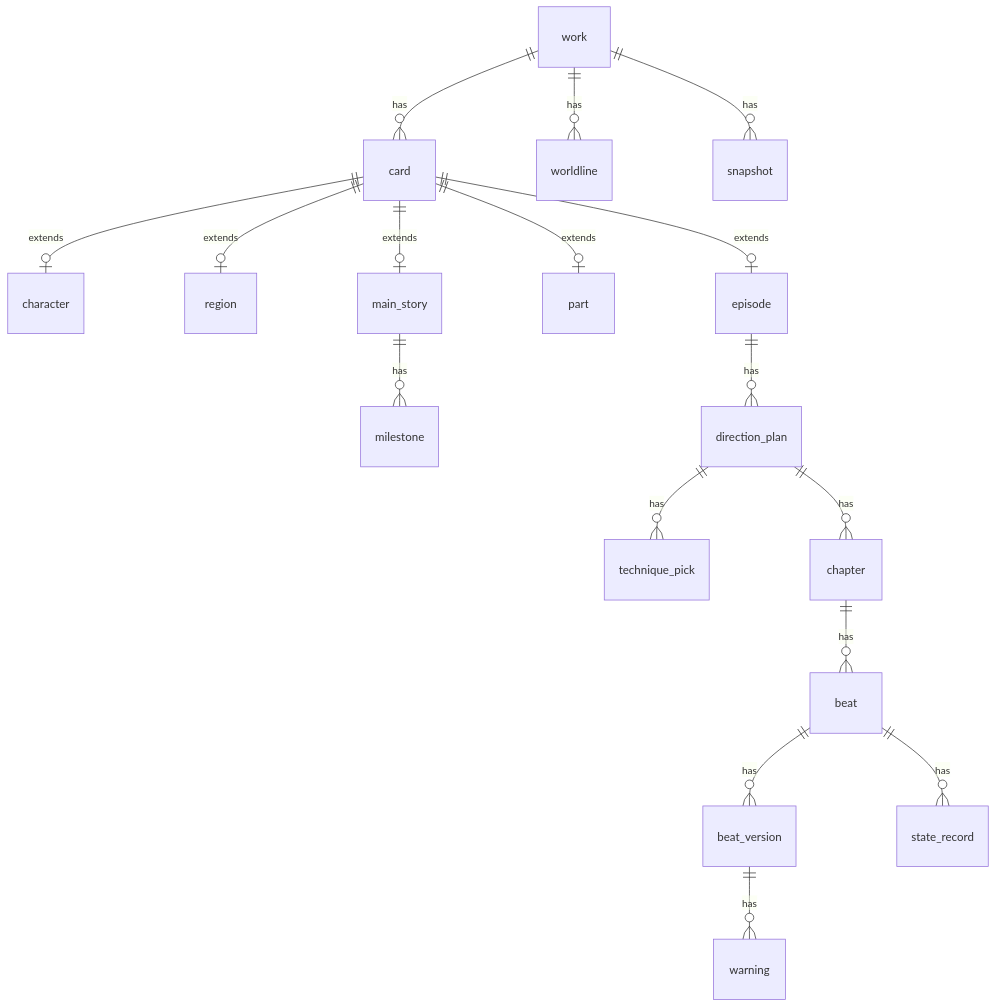
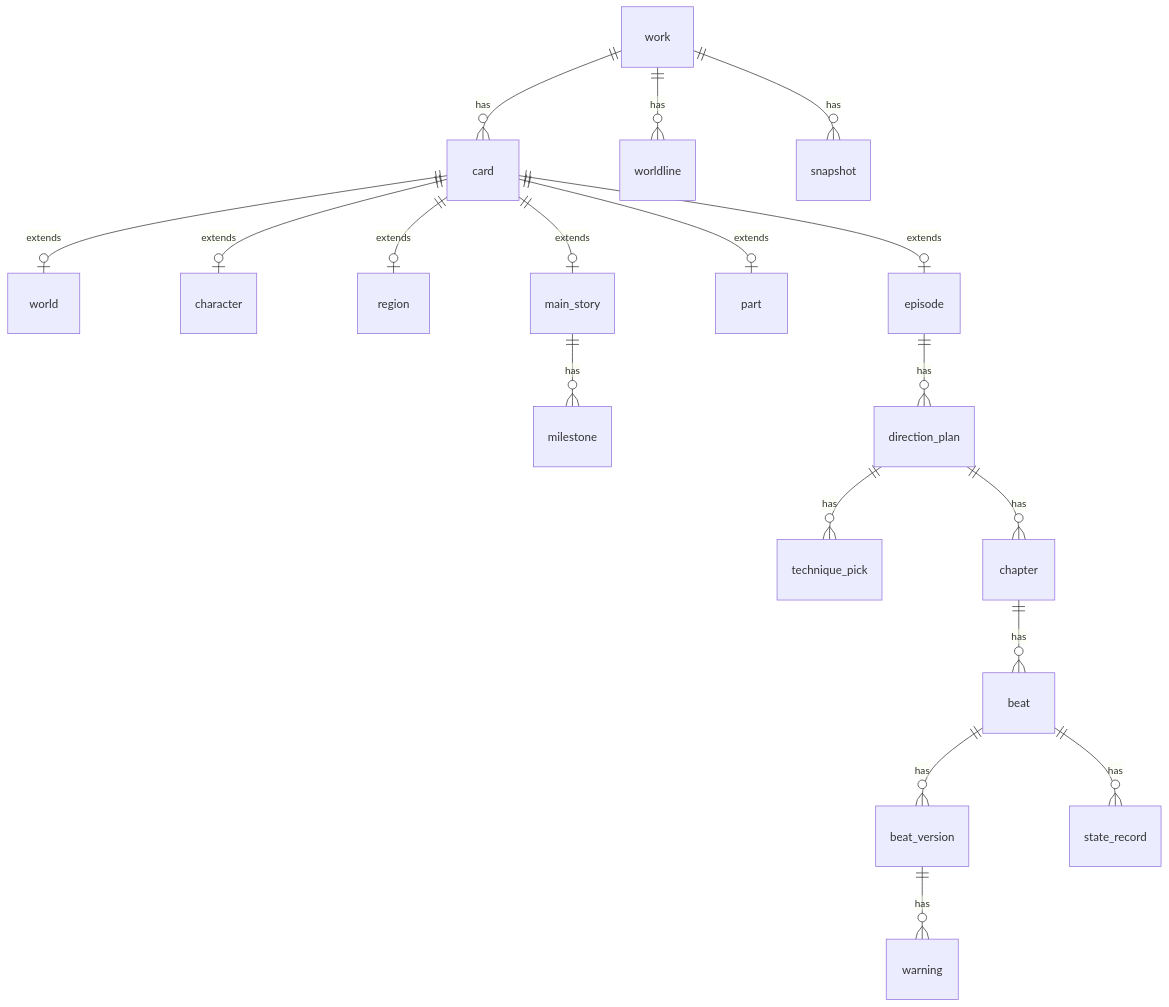
One commit to mminjae97/aiplot changed the fourth of 5 diagrams in README.md. Above: the diagram before and after it, drawn with Mermaid. The commit also changed other lines of this file and 33 other files, not shown here.

First line of the commit message:
feat(schemas): add the world card to stage 1 (#40)

````diff
--- a/README.md
+++ b/README.md
@@ -661,19 +683,20 @@
 ```mermaid
 erDiagram
     work ||--o{ card : has
+    card ||--o| world : extends
     card ||--o| character : extends
     card ||--o| region : extends
     card ||--o| main_story : extends
     card ||--o| part : extends
     card ||--o| episode : extends
     main_story ||--o{ milestone : has
     episode ||--o{ direction_plan : has
     direction_plan ||--o{ technique_pick : has
     direction_plan ||--o{ chapter : has
     chapter ||--o{ beat : has
     beat ||--o{ beat_version : has
     beat ||--o{ state_record : has
     beat_version ||--o{ warning : has
     work ||--o{ worldline : has
     work ||--o{ snapshot : has
 ```
````
